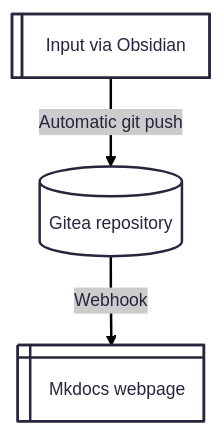
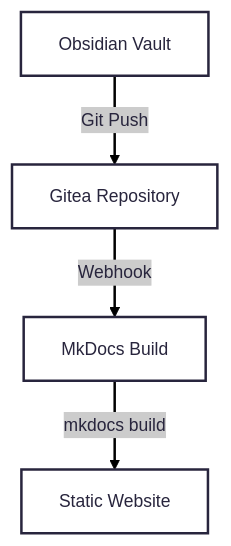
One commit to otavioalbino/obsidian-gitea-mkdocs changed the diagram in README.md. Above: the diagram before and after it, drawn with Mermaid. The commit also changed other lines of this file, not shown here.

````diff
--- a/README.md
+++ b/README.md
@@ -12,14 +16,16 @@
 ```mermaid
 ---
 config:
   theme: redux
   layout: fixed
 ---
 flowchart TB
-    n1["Input via Obsidian"] -- Automatic git push --> n2["Gitea repository"]
-    n2 -- Webhook --> n3["Mkdocs webpage"]
+    author["Obsidian Vault"]
+    repo["Gitea Repository"]
+    build["MkDocs Build"]
+    site["Static Website"]
 
-    n1@{ shape: lin-proc}
-    n2@{ shape: db}
-    n3@{ shape: internal-storage}
+    author -->|Git Push| repo
+    repo -->|Webhook| build
+    build -->|mkdocs build| site
 ```
````
